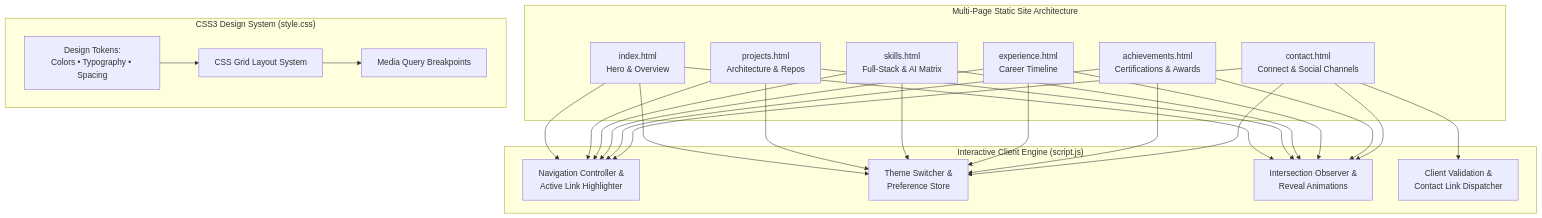
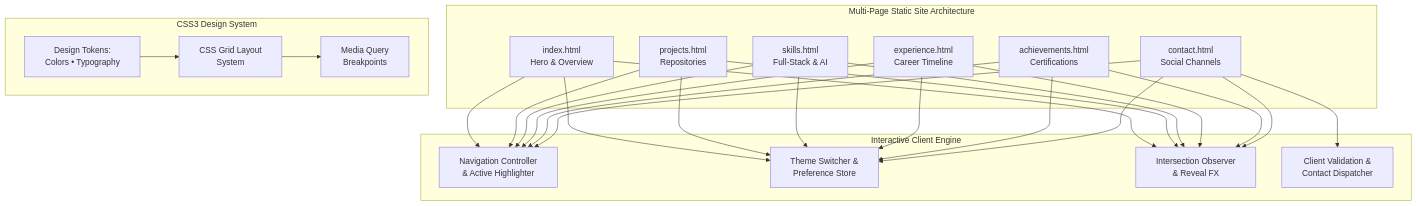
The diagram in README.md (ISBANDURAHUMAN-R/_PORTFOLIO_), drawn with Mermaid before and after one commit.

Commit message:
docs: fix Mermaid label truncation with line wrapping and non-clipping padding

````diff
--- a/README.md
+++ b/README.md
@@ -19,30 +19,30 @@
 ```mermaid
 graph TD
-    subgraph Navigation ["Multi-Page Static Site Architecture"]
-        Index["index.html<br/>Hero & Overview"]
-        Projects["projects.html<br/>Architecture & Repos"]
-        Skills["skills.html<br/>Full-Stack & AI Matrix"]
-        Experience["experience.html<br/>Career Timeline"]
-        Achievements["achievements.html<br/>Certifications & Awards"]
-        Contact["contact.html<br/>Connect & Social Channels"]
+    subgraph Navigation ["&nbsp; Multi-Page Static Site Architecture &nbsp;"]
+        Index["&nbsp; index.html &nbsp;<br/>&nbsp; Hero &amp; Overview &nbsp;"]
+        Projects["&nbsp; projects.html &nbsp;<br/>&nbsp; Repositories &nbsp;"]
+        Skills["&nbsp; skills.html &nbsp;<br/>&nbsp; Full-Stack &amp; AI &nbsp;"]
+        Experience["&nbsp; experience.html &nbsp;<br/>&nbsp; Career Timeline &nbsp;"]
+        Achievements["&nbsp; achievements.html &nbsp;<br/>&nbsp; Certifications &nbsp;"]
+        Contact["&nbsp; contact.html &nbsp;<br/>&nbsp; Social Channels &nbsp;"]
     end
 
-    subgraph ClientCore ["Interactive Client Engine (script.js)"]
-        NavRouter["Navigation Controller &<br/>Active Link Highlighter"]
-        ThemeEngine["Theme Switcher &<br/>Preference Store"]
-        ScrollObserver["Intersection Observer &<br/>Reveal Animations"]
-        FormHandler["Client Validation &<br/>Contact Link Dispatcher"]
+    subgraph ClientCore ["&nbsp; Interactive Client Engine &nbsp;"]
+        NavRouter["&nbsp; Navigation Controller &nbsp;<br/>&nbsp; &amp; Active Highlighter &nbsp;"]
+        ThemeEngine["&nbsp; Theme Switcher &amp; &nbsp;<br/>&nbsp; Preference Store &nbsp;"]
+        ScrollObserver["&nbsp; Intersection Observer &nbsp;<br/>&nbsp; &amp; Reveal FX &nbsp;"]
+        FormHandler["&nbsp; Client Validation &amp; &nbsp;<br/>&nbsp; Contact Dispatcher &nbsp;"]
     end
 
-    subgraph StylesheetLayer ["CSS3 Design System (style.css)"]
-        Tokens["Design Tokens:<br/>Colors • Typography • Spacing"]
-        Grid["CSS Grid Layout System"]
-        Responsive["Media Query Breakpoints"]
+    subgraph StylesheetLayer ["&nbsp; CSS3 Design System &nbsp;"]
+        Tokens["&nbsp; Design Tokens: &nbsp;<br/>&nbsp; Colors • Typography &nbsp;"]
+        Grid["&nbsp; CSS Grid Layout &nbsp;<br/>&nbsp; System &nbsp;"]
+        Responsive["&nbsp; Media Query &nbsp;<br/>&nbsp; Breakpoints &nbsp;"]
     end
 
     Index & Projects & Skills & Experience & Achievements & Contact --> NavRouter
     Index & Projects & Skills & Experience & Achievements & Contact --> ThemeEngine
     Index & Projects & Skills & Experience & Achievements & Contact --> ScrollObserver
     Contact --> FormHandler
     Tokens --> Grid --> Responsive
 ```
````
